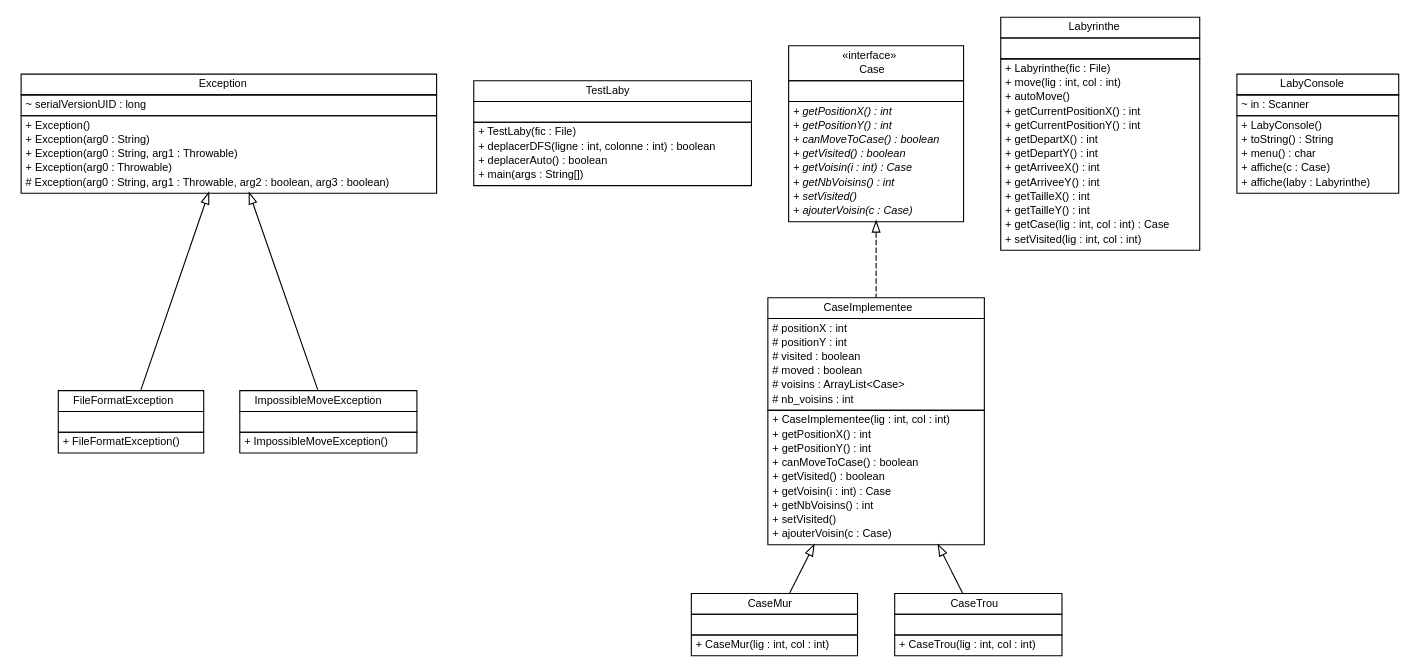
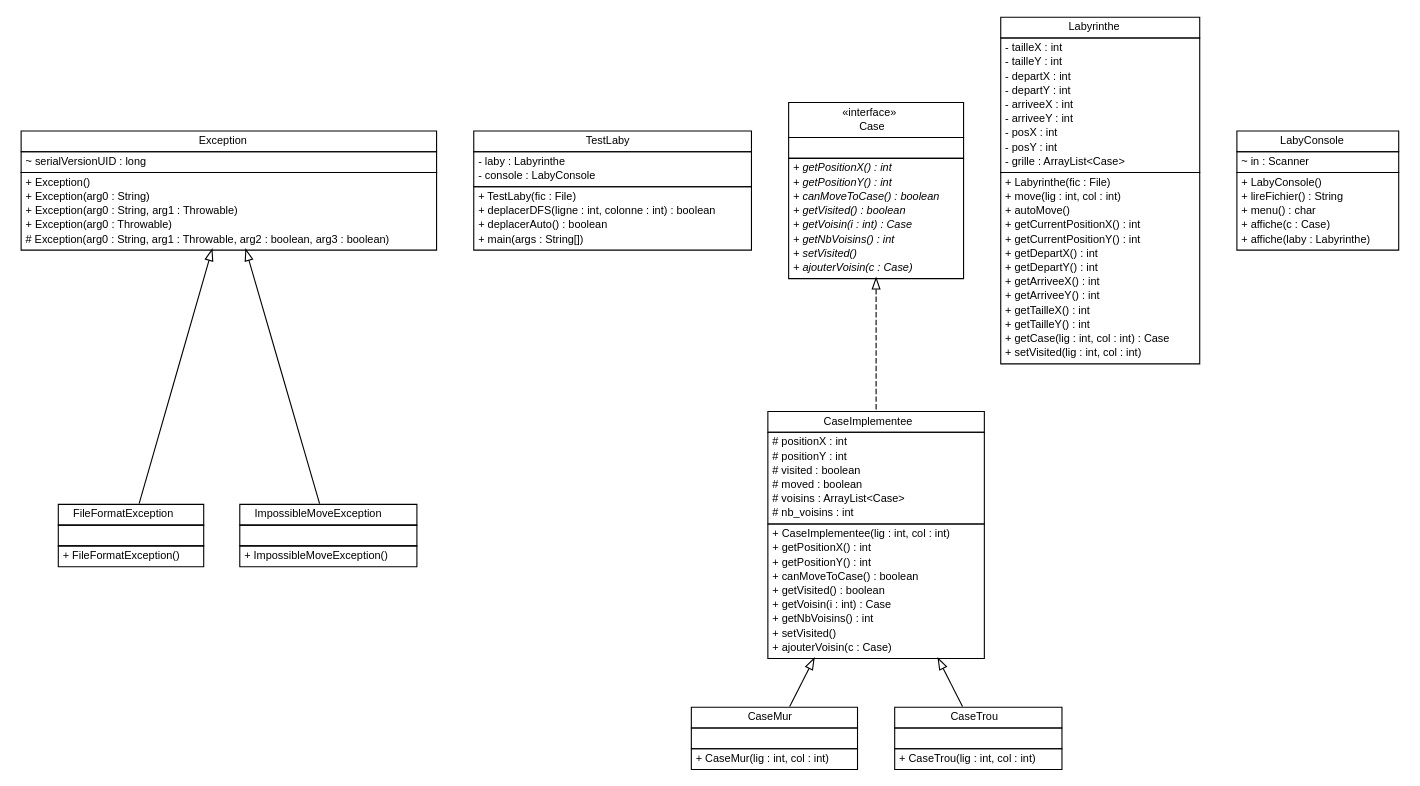
Before and after one commit to BRICOMATA9/Teaching_: the diagram in Java/NetBeansProjects/TP3/graph.dot, drawn with Graphviz. The commit also changed 11 other files, not shown here.

```diff
--- a/Java/NetBeansProjects/TP3/graph.dot
+++ b/Java/NetBeansProjects/TP3/graph.dot
@@ -1,186 +1,195 @@
 #!/usr/local/bin/dot
 #
 # Class diagram 
 # Generated by UMLGraph version R5_6 (http://www.umlgraph.org/)
 #
 
 digraph G {
 	edge [fontname="Helvetica",fontsize=10,labelfontname="Helvetica",labelfontsize=10];
 	node [fontname="Helvetica",fontsize=10,shape=plaintext];
 	nodesep=0.25;
 	ranksep=0.5;
 	// controleur.FileFormatException
 	c0 [label=<<table title="controleur.FileFormatException" border="0" cellborder="1" cellspacing="0" cellpadding="2" port="p">
 		<tr><td><table border="0" cellspacing="0" cellpadding="1">
 <tr><td align="center" balign="center"> FileFormatException </td></tr>
 		</table></td></tr>
 		<tr><td><table border="0" cellspacing="0" cellpadding="1">
 <tr><td align="left" balign="left">  </td></tr>
 		</table></td></tr>
 		<tr><td><table border="0" cellspacing="0" cellpadding="1">
 <tr><td align="left" balign="left"> + FileFormatException() </td></tr>
 		</table></td></tr>
 		</table>>, URL="null", fontname="Helvetica", fontcolor="black", fontsize=10.0];
 	// controleur.ImpossibleMoveException
 	c1 [label=<<table title="controleur.ImpossibleMoveException" border="0" cellborder="1" cellspacing="0" cellpadding="2" port="p">
 		<tr><td><table border="0" cellspacing="0" cellpadding="1">
 <tr><td align="center" balign="center"> ImpossibleMoveException </td></tr>
 		</table></td></tr>
 		<tr><td><table border="0" cellspacing="0" cellpadding="1">
 <tr><td align="left" balign="left">  </td></tr>
 		</table></td></tr>
 		<tr><td><table border="0" cellspacing="0" cellpadding="1">
 <tr><td align="left" balign="left"> + ImpossibleMoveException() </td></tr>
 		</table></td></tr>
 		</table>>, URL="null", fontname="Helvetica", fontcolor="black", fontsize=10.0];
 	// controleur.TestLaby
 	c2 [label=<<table title="controleur.TestLaby" border="0" cellborder="1" cellspacing="0" cellpadding="2" port="p">
 		<tr><td><table border="0" cellspacing="0" cellpadding="1">
 <tr><td align="center" balign="center"> TestLaby </td></tr>
 		</table></td></tr>
 		<tr><td><table border="0" cellspacing="0" cellpadding="1">
-<tr><td align="left" balign="left">  </td></tr>
+<tr><td align="left" balign="left"> - laby : Labyrinthe </td></tr>
+<tr><td align="left" balign="left"> - console : LabyConsole </td></tr>
 		</table></td></tr>
 		<tr><td><table border="0" cellspacing="0" cellpadding="1">
 <tr><td align="left" balign="left"> + TestLaby(fic : File) </td></tr>
 <tr><td align="left" balign="left"> + deplacerDFS(ligne : int, colonne : int) : boolean </td></tr>
 <tr><td align="left" balign="left"> + deplacerAuto() : boolean </td></tr>
 <tr><td align="left" balign="left"> + main(args : String[]) </td></tr>
 		</table></td></tr>
 		</table>>, URL="null", fontname="Helvetica", fontcolor="black", fontsize=10.0];
 	// modele.Case
 	c3 [label=<<table title="modele.Case" border="0" cellborder="1" cellspacing="0" cellpadding="2" port="p">
 		<tr><td><table border="0" cellspacing="0" cellpadding="1">
 <tr><td align="center" balign="center"> &#171;interface&#187; </td></tr>
 <tr><td align="center" balign="center"> Case </td></tr>
 		</table></td></tr>
 		<tr><td><table border="0" cellspacing="0" cellpadding="1">
 <tr><td align="left" balign="left">  </td></tr>
 		</table></td></tr>
 		<tr><td><table border="0" cellspacing="0" cellpadding="1">
 <tr><td align="left" balign="left"><font face="Helvetica-Oblique" point-size="10.0"> + getPositionX() : int </font></td></tr>
 <tr><td align="left" balign="left"><font face="Helvetica-Oblique" point-size="10.0"> + getPositionY() : int </font></td></tr>
 <tr><td align="left" balign="left"><font face="Helvetica-Oblique" point-size="10.0"> + canMoveToCase() : boolean </font></td></tr>
 <tr><td align="left" balign="left"><font face="Helvetica-Oblique" point-size="10.0"> + getVisited() : boolean </font></td></tr>
 <tr><td align="left" balign="left"><font face="Helvetica-Oblique" point-size="10.0"> + getVoisin(i : int) : Case </font></td></tr>
 <tr><td align="left" balign="left"><font face="Helvetica-Oblique" point-size="10.0"> + getNbVoisins() : int </font></td></tr>
 <tr><td align="left" balign="left"><font face="Helvetica-Oblique" point-size="10.0"> + setVisited() </font></td></tr>
 <tr><td align="left" balign="left"><font face="Helvetica-Oblique" point-size="10.0"> + ajouterVoisin(c : Case) </font></td></tr>
 		</table></td></tr>
 		</table>>, URL="null", fontname="Helvetica", fontcolor="black", fontsize=10.0];
 	// modele.CaseImplementee
 	c4 [label=<<table title="modele.CaseImplementee" border="0" cellborder="1" cellspacing="0" cellpadding="2" port="p">
 		<tr><td><table border="0" cellspacing="0" cellpadding="1">
 <tr><td align="center" balign="center"> CaseImplementee </td></tr>
 		</table></td></tr>
 		<tr><td><table border="0" cellspacing="0" cellpadding="1">
 <tr><td align="left" balign="left"> # positionX : int </td></tr>
 <tr><td align="left" balign="left"> # positionY : int </td></tr>
 <tr><td align="left" balign="left"> # visited : boolean </td></tr>
 <tr><td align="left" balign="left"> # moved : boolean </td></tr>
 <tr><td align="left" balign="left"> # voisins : ArrayList&lt;Case&gt; </td></tr>
 <tr><td align="left" balign="left"> # nb_voisins : int </td></tr>
 		</table></td></tr>
 		<tr><td><table border="0" cellspacing="0" cellpadding="1">
 <tr><td align="left" balign="left"> + CaseImplementee(lig : int, col : int) </td></tr>
 <tr><td align="left" balign="left"> + getPositionX() : int </td></tr>
 <tr><td align="left" balign="left"> + getPositionY() : int </td></tr>
 <tr><td align="left" balign="left"> + canMoveToCase() : boolean </td></tr>
 <tr><td align="left" balign="left"> + getVisited() : boolean </td></tr>
 <tr><td align="left" balign="left"> + getVoisin(i : int) : Case </td></tr>
 <tr><td align="left" balign="left"> + getNbVoisins() : int </td></tr>
 <tr><td align="left" balign="left"> + setVisited() </td></tr>
 <tr><td align="left" balign="left"> + ajouterVoisin(c : Case) </td></tr>
 		</table></td></tr>
 		</table>>, URL="null", fontname="Helvetica", fontcolor="black", fontsize=10.0];
 	// modele.CaseMur
 	c5 [label=<<table title="modele.CaseMur" border="0" cellborder="1" cellspacing="0" cellpadding="2" port="p">
 		<tr><td><table border="0" cellspacing="0" cellpadding="1">
 <tr><td align="center" balign="center"> CaseMur </td></tr>
 		</table></td></tr>
 		<tr><td><table border="0" cellspacing="0" cellpadding="1">
 <tr><td align="left" balign="left">  </td></tr>
 		</table></td></tr>
 		<tr><td><table border="0" cellspacing="0" cellpadding="1">
 <tr><td align="left" balign="left"> + CaseMur(lig : int, col : int) </td></tr>
 		</table></td></tr>
 		</table>>, URL="null", fontname="Helvetica", fontcolor="black", fontsize=10.0];
 	// modele.CaseTrou
 	c6 [label=<<table title="modele.CaseTrou" border="0" cellborder="1" cellspacing="0" cellpadding="2" port="p">
 		<tr><td><table border="0" cellspacing="0" cellpadding="1">
 <tr><td align="center" balign="center"> CaseTrou </td></tr>
 		</table></td></tr>
 		<tr><td><table border="0" cellspacing="0" cellpadding="1">
 <tr><td align="left" balign="left">  </td></tr>
 		</table></td></tr>
 		<tr><td><table border="0" cellspacing="0" cellpadding="1">
 <tr><td align="left" balign="left"> + CaseTrou(lig : int, col : int) </td></tr>
 		</table></td></tr>
 		</table>>, URL="null", fontname="Helvetica", fontcolor="black", fontsize=10.0];
 	// modele.Labyrinthe
 	c7 [label=<<table title="modele.Labyrinthe" border="0" cellborder="1" cellspacing="0" cellpadding="2" port="p">
 		<tr><td><table border="0" cellspacing="0" cellpadding="1">
 <tr><td align="center" balign="center"> Labyrinthe </td></tr>
 		</table></td></tr>
 		<tr><td><table border="0" cellspacing="0" cellpadding="1">
-<tr><td align="left" balign="left">  </td></tr>
+<tr><td align="left" balign="left"> - tailleX : int </td></tr>
+<tr><td align="left" balign="left"> - tailleY : int </td></tr>
+<tr><td align="left" balign="left"> - departX : int </td></tr>
+<tr><td align="left" balign="left"> - departY : int </td></tr>
+<tr><td align="left" balign="left"> - arriveeX : int </td></tr>
+<tr><td align="left" balign="left"> - arriveeY : int </td></tr>
+<tr><td align="left" balign="left"> - posX : int </td></tr>
+<tr><td align="left" balign="left"> - posY : int </td></tr>
+<tr><td align="left" balign="left"> - grille : ArrayList&lt;Case&gt; </td></tr>
 		</table></td></tr>
 		<tr><td><table border="0" cellspacing="0" cellpadding="1">
 <tr><td align="left" balign="left"> + Labyrinthe(fic : File) </td></tr>
 <tr><td align="left" balign="left"> + move(lig : int, col : int) </td></tr>
 <tr><td align="left" balign="left"> + autoMove() </td></tr>
 <tr><td align="left" balign="left"> + getCurrentPositionX() : int </td></tr>
 <tr><td align="left" balign="left"> + getCurrentPositionY() : int </td></tr>
 <tr><td align="left" balign="left"> + getDepartX() : int </td></tr>
 <tr><td align="left" balign="left"> + getDepartY() : int </td></tr>
 <tr><td align="left" balign="left"> + getArriveeX() : int </td></tr>
 <tr><td align="left" balign="left"> + getArriveeY() : int </td></tr>
 <tr><td align="left" balign="left"> + getTailleX() : int </td></tr>
 <tr><td align="left" balign="left"> + getTailleY() : int </td></tr>
 <tr><td align="left" balign="left"> + getCase(lig : int, col : int) : Case </td></tr>
 <tr><td align="left" balign="left"> + setVisited(lig : int, col : int) </td></tr>
 		</table></td></tr>
 		</table>>, URL="null", fontname="Helvetica", fontcolor="black", fontsize=10.0];
 	// vue.LabyConsole
 	c8 [label=<<table title="vue.LabyConsole" border="0" cellborder="1" cellspacing="0" cellpadding="2" port="p">
 		<tr><td><table border="0" cellspacing="0" cellpadding="1">
 <tr><td align="center" balign="center"> LabyConsole </td></tr>
 		</table></td></tr>
 		<tr><td><table border="0" cellspacing="0" cellpadding="1">
 <tr><td align="left" balign="left"> ~ in : Scanner </td></tr>
 		</table></td></tr>
 		<tr><td><table border="0" cellspacing="0" cellpadding="1">
 <tr><td align="left" balign="left"> + LabyConsole() </td></tr>
-<tr><td align="left" balign="left"> + toString() : String </td></tr>
+<tr><td align="left" balign="left"> + lireFichier() : String </td></tr>
 <tr><td align="left" balign="left"> + menu() : char </td></tr>
 <tr><td align="left" balign="left"> + affiche(c : Case) </td></tr>
 <tr><td align="left" balign="left"> + affiche(laby : Labyrinthe) </td></tr>
 		</table></td></tr>
 		</table>>, URL="null", fontname="Helvetica", fontcolor="black", fontsize=10.0];
 	//controleur.FileFormatException extends java.lang.Exception
 	c9:p -> c0:p [dir=back,arrowtail=empty];
 	//controleur.ImpossibleMoveException extends java.lang.Exception
 	c9:p -> c1:p [dir=back,arrowtail=empty];
 	//modele.CaseImplementee implements modele.Case
 	c3:p -> c4:p [dir=back,arrowtail=empty,style=dashed];
 	//modele.CaseMur extends modele.CaseImplementee
 	c4:p -> c5:p [dir=back,arrowtail=empty];
 	//modele.CaseTrou extends modele.CaseImplementee
 	c4:p -> c6:p [dir=back,arrowtail=empty];
 	// java.lang.Exception
 	c9 [label=<<table title="java.lang.Exception" border="0" cellborder="1" cellspacing="0" cellpadding="2" port="p" href="http://java.sun.com/j2se/1.4.2/docs/api/java/lang/Exception.html">
 		<tr><td><table border="0" cellspacing="0" cellpadding="1">
 <tr><td align="center" balign="center"> Exception </td></tr>
 		</table></td></tr>
 		<tr><td><table border="0" cellspacing="0" cellpadding="1">
 <tr><td align="left" balign="left"> ~ serialVersionUID : long </td></tr>
 		</table></td></tr>
 		<tr><td><table border="0" cellspacing="0" cellpadding="1">
 <tr><td align="left" balign="left"> + Exception() </td></tr>
 <tr><td align="left" balign="left"> + Exception(arg0 : String) </td></tr>
 <tr><td align="left" balign="left"> + Exception(arg0 : String, arg1 : Throwable) </td></tr>
 <tr><td align="left" balign="left"> + Exception(arg0 : Throwable) </td></tr>
 <tr><td align="left" balign="left"> # Exception(arg0 : String, arg1 : Throwable, arg2 : boolean, arg3 : boolean) </td></tr>
 		</table></td></tr>
 		</table>>, URL="http://java.sun.com/j2se/1.4.2/docs/api/java/lang/Exception.html", fontname="Helvetica", fontcolor="black", fontsize=10.0];
 }
```
